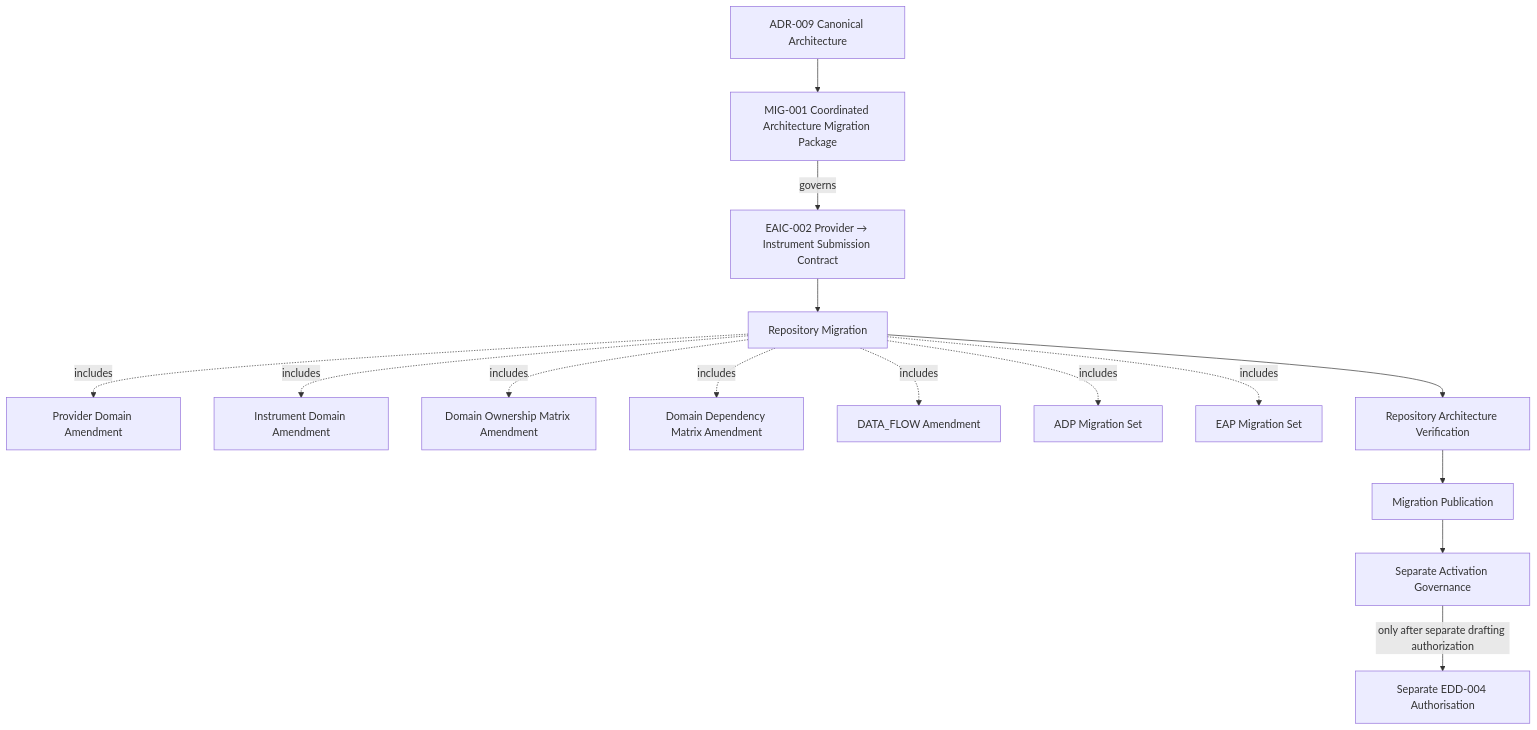
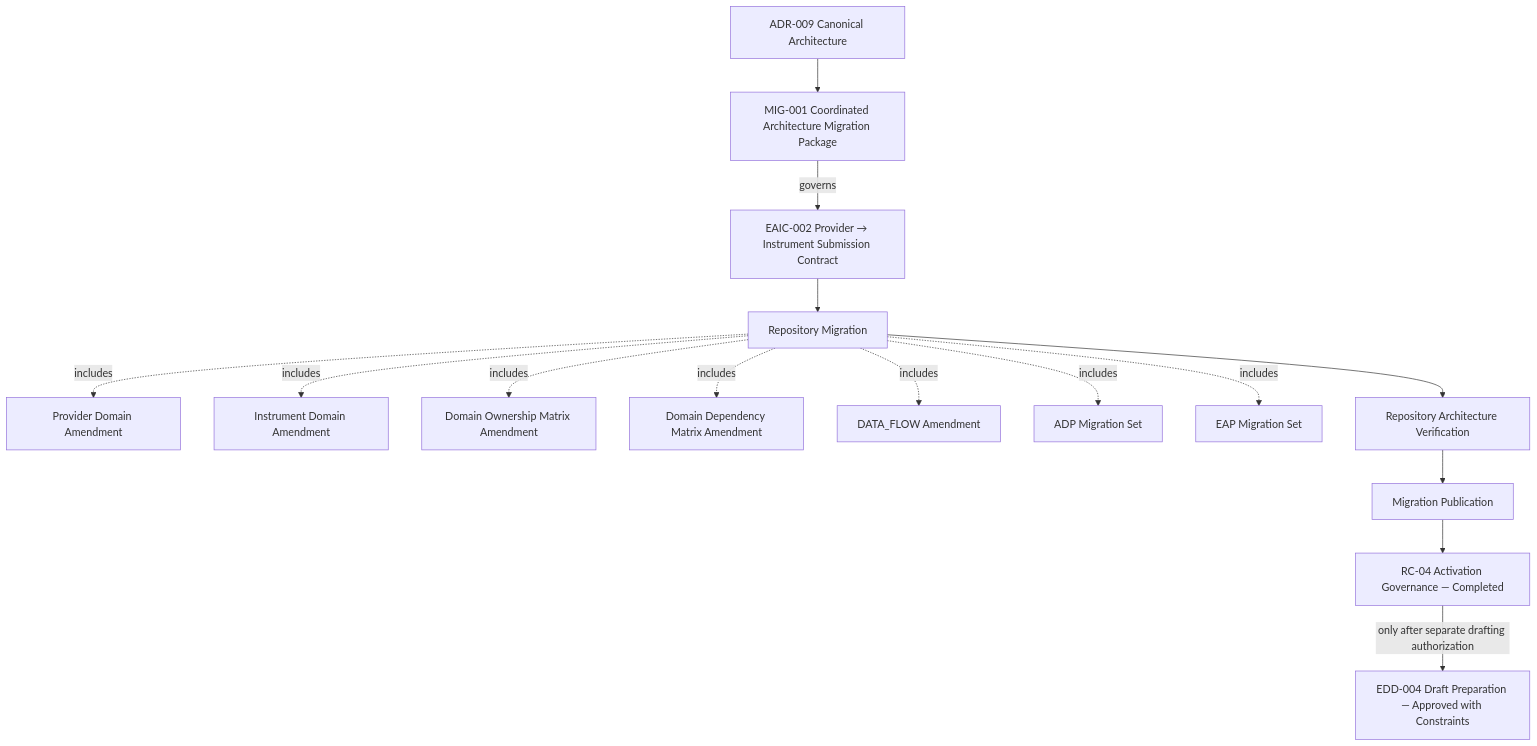
One commit to emiali-jason/Project-Kronos changed the diagram in docs/architecture/migrations/MIG-001-ADR-009-COORDINATED-ARCHITECTURE-MIGRATION-PACKAGE.md. Above: the diagram before and after it, drawn with Mermaid. The commit also changed other lines of this file and 14 other files, not shown here.

Commit message:
docs(governance): publish RC-04 activation decision

````diff
--- a/docs/architecture/migrations/MIG-001-ADR-009-COORDINATED-ARCHITECTURE-MIGRATION-PACKAGE.md
+++ b/docs/architecture/migrations/MIG-001-ADR-009-COORDINATED-ARCHITECTURE-MIGRATION-PACKAGE.md
@@ -315,34 +317,34 @@
 ```mermaid
 flowchart TD
     ADR009["ADR-009 Canonical Architecture"]
     MIG001["MIG-001 Coordinated Architecture Migration Package"]
     EAIC002["EAIC-002 Provider → Instrument Submission Contract"]
     MIGRATION["Repository Migration"]
     PROVIDER["Provider Domain Amendment"]
     INSTRUMENT["Instrument Domain Amendment"]
     OWNERSHIP["Domain Ownership Matrix Amendment"]
     DEPENDENCY["Domain Dependency Matrix Amendment"]
     FLOW["DATA_FLOW Amendment"]
     ADPS["ADP Migration Set"]
     EAPS["EAP Migration Set"]
     VERIFY["Repository Architecture Verification"]
     PUBLISH["Migration Publication"]
-    ACTIVATION["Separate Activation Governance"]
-    EDD004["Separate EDD-004 Authorisation"]
+    ACTIVATION["RC-04 Activation Governance — Completed"]
+    EDD004["EDD-004 Draft Preparation — Approved with Constraints"]
 
     ADR009 --> MIG001
     MIG001 -->|"governs"| EAIC002
     EAIC002 --> MIGRATION
     MIGRATION --> VERIFY
     VERIFY --> PUBLISH
     PUBLISH --> ACTIVATION
     ACTIVATION -->|"only after separate drafting authorization"| EDD004
 
     MIGRATION -.->|"includes"| PROVIDER
     MIGRATION -.->|"includes"| INSTRUMENT
     MIGRATION -.->|"includes"| OWNERSHIP
     MIGRATION -.->|"includes"| DEPENDENCY
     MIGRATION -.->|"includes"| FLOW
     MIGRATION -.->|"includes"| ADPS
     MIGRATION -.->|"includes"| EAPS
 ```
````
